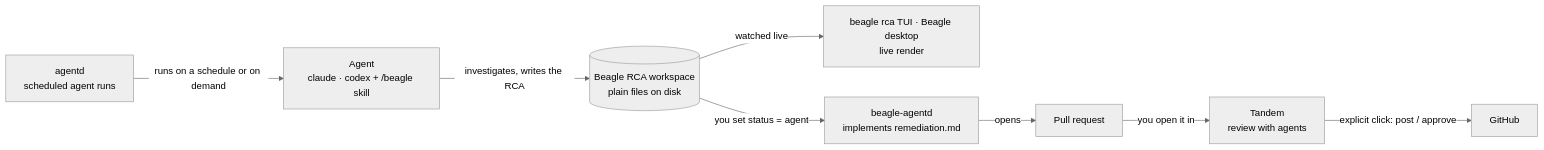
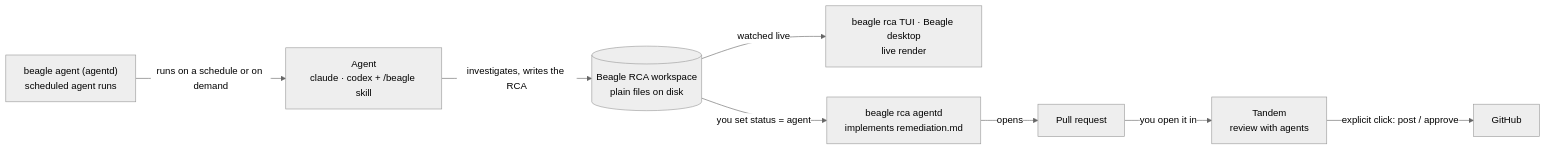
Before and after one commit to beagle-tools/beagle-tools: the diagram in README.md, drawn with Mermaid (neutral theme). The commit also changed other lines of this file and 75 other files, not shown here.

First line of the commit message:
feat: agentd under beagle — beagle agent, beagle agent daemon run, beagle rca agentd run (#59)

````diff
--- a/README.md
+++ b/README.md
@@ -128,19 +135,19 @@
 ```mermaid
 flowchart LR
-    agentd["agentd<br/>scheduled agent runs"]
+    agentd["beagle agent (agentd)<br/>scheduled agent runs"]
     agent["Agent<br/>claude · codex + /beagle skill"]
     rca[("Beagle RCA workspace<br/>plain files on disk")]
     viewer["beagle rca TUI · Beagle desktop<br/>live render"]
-    bagentd["beagle-agentd<br/>implements remediation.md"]
+    bagentd["beagle rca agentd<br/>implements remediation.md"]
     pr["Pull request"]
     tandem["Tandem<br/>review with agents"]
     gh["GitHub"]
 
     agentd -- "runs on a schedule or on demand" --> agent
     agent -- "investigates, writes the RCA" --> rca
     rca -- "watched live" --> viewer
     rca -- "you set status = agent" --> bagentd
     bagentd -- "opens" --> pr
     pr -- "you open it in" --> tandem
     tandem -- "explicit click: post / approve" --> gh
 ```
````
